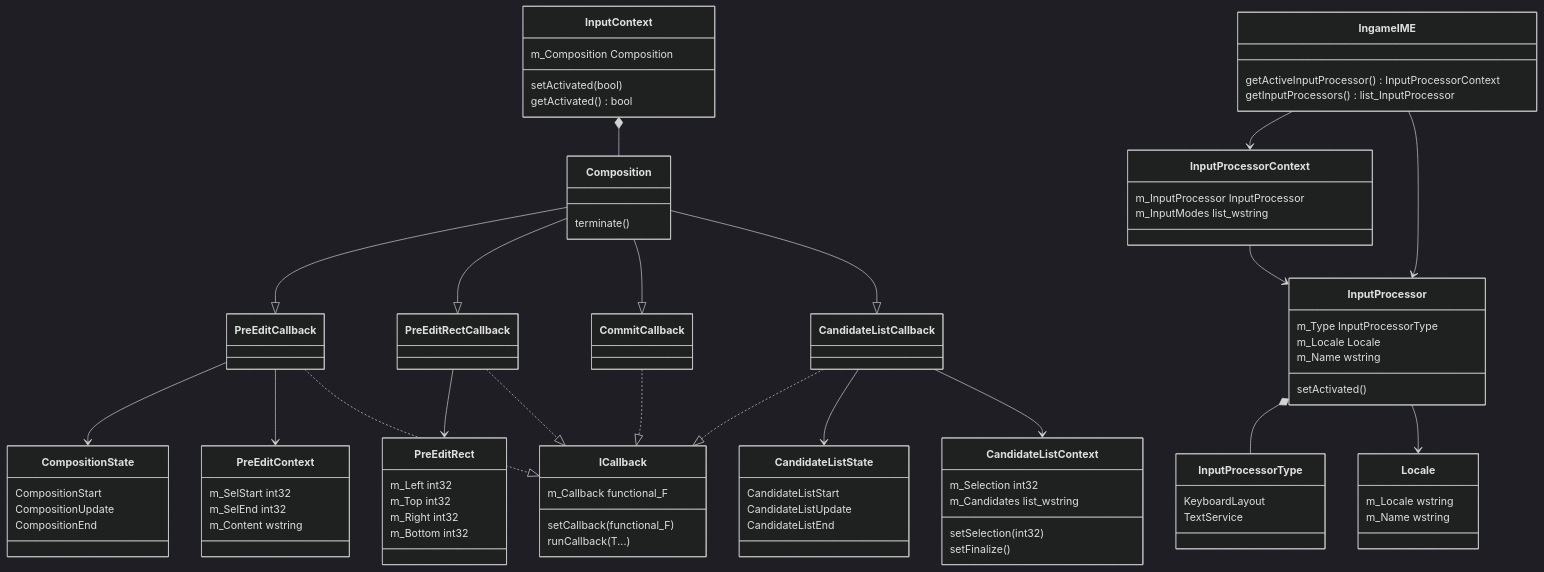
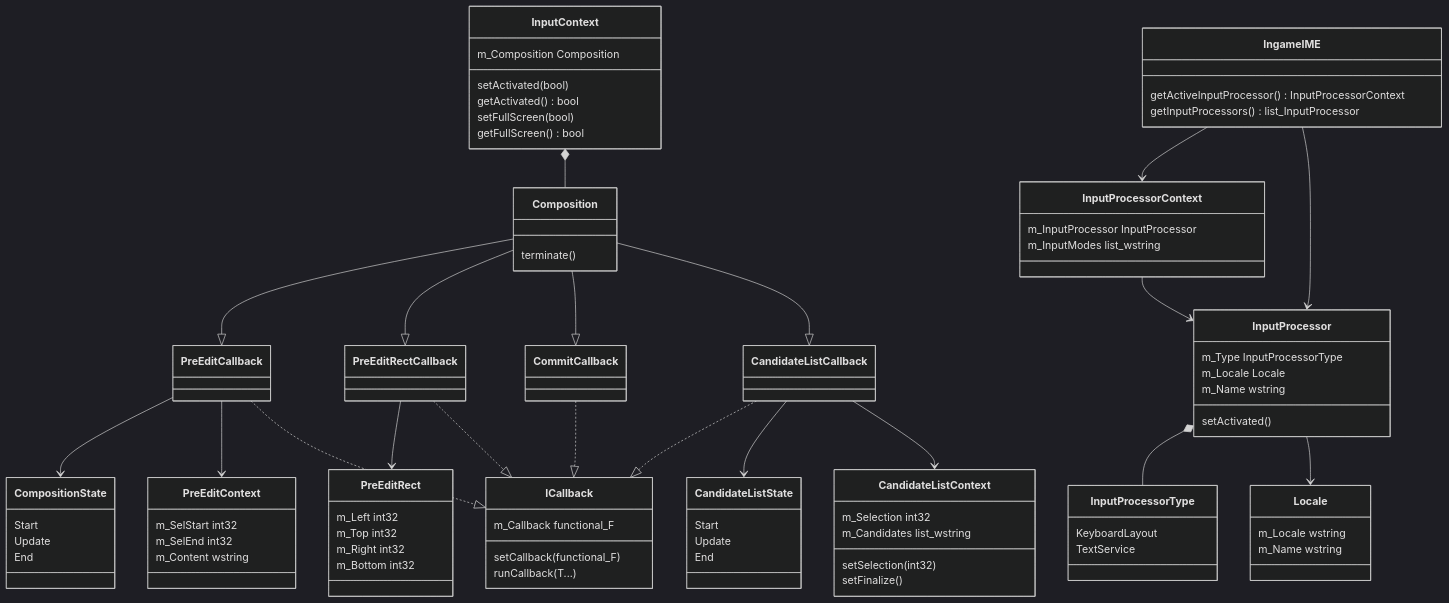
Before and after one commit to Windmill-City/IngameIME-Common: the diagram in docs/ClassDiagram.mmd, drawn with Mermaid (dark theme). The commit also changed 1 other file, not shown here.

```diff
--- a/docs/ClassDiagram.mmd
+++ b/docs/ClassDiagram.mmd
@@ -1,103 +1,105 @@
 classDiagram
 class PreEditContext{
     m_SelStart int32
     m_SelEnd int32
     m_Content wstring
 }
 class CompositionState{
-    CompositionStart
-    CompositionUpdate
-    CompositionEnd
+    Start
+    Update
+    End
 }
 class PreEditCallback
 
 class PreEditRect{
     m_Left int32
     m_Top int32
     m_Right int32
     m_Bottom int32
 }
 class PreEditRectCallback
 
 class CandidateListContext{
     m_Selection int32
     m_Candidates list_wstring
 
     setSelection(int32)
     setFinalize()
 }
 class CandidateListState{
-    CandidateListStart
-    CandidateListUpdate
-    CandidateListEnd
+    Start
+    Update
+    End
 }
 class CandidateListCallback
 
 class CommitCallback
 
 class ICallback{
     m_Callback functional_F
     setCallback(functional_F)
     runCallback(T...)
 }
 class Composition{
     terminate()
 }
 class InputContext{
     m_Composition Composition
 
     setActivated(bool)
     getActivated() bool
+    setFullScreen(bool)
+    getFullScreen() bool
 }
 
 class Locale{
     m_Locale wstring
     m_Name wstring
 }
 class InputProcessor{
     m_Type InputProcessorType
     m_Locale Locale
     m_Name wstring
 
     setActivated()
 }
 class InputProcessorType{
     KeyboardLayout
     TextService
 }
 class InputProcessorContext{
     m_InputProcessor InputProcessor
     m_InputModes list_wstring
 }
 class IngameIME{
     getActiveInputProcessor() InputProcessorContext
     getInputProcessors() list_InputProcessor
 }
 
 InputContext *-- Composition
 
 PreEditCallback --> CompositionState
 PreEditCallback --> PreEditContext
 PreEditCallback ..|> ICallback
 
 PreEditRectCallback --> PreEditRect
 PreEditRectCallback ..|> ICallback
 
 CandidateListCallback ..|> ICallback
 CandidateListCallback --> CandidateListState
 CandidateListCallback --> CandidateListContext
 
 CommitCallback ..|> ICallback
 
 Composition --|> PreEditCallback
 Composition --|> PreEditRectCallback
 Composition --|> CommitCallback
 Composition --|> CandidateListCallback
 
 InputProcessor *-- InputProcessorType
 InputProcessor --> Locale
 
 InputProcessorContext --> InputProcessor
 
 IngameIME --> InputProcessorContext
 IngameIME --> InputProcessor
```
